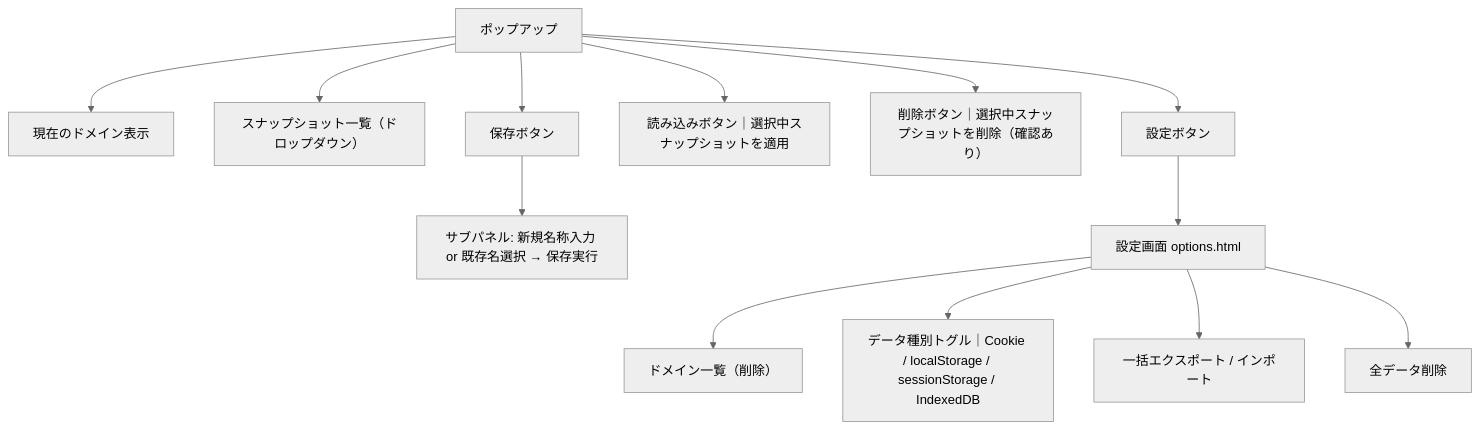
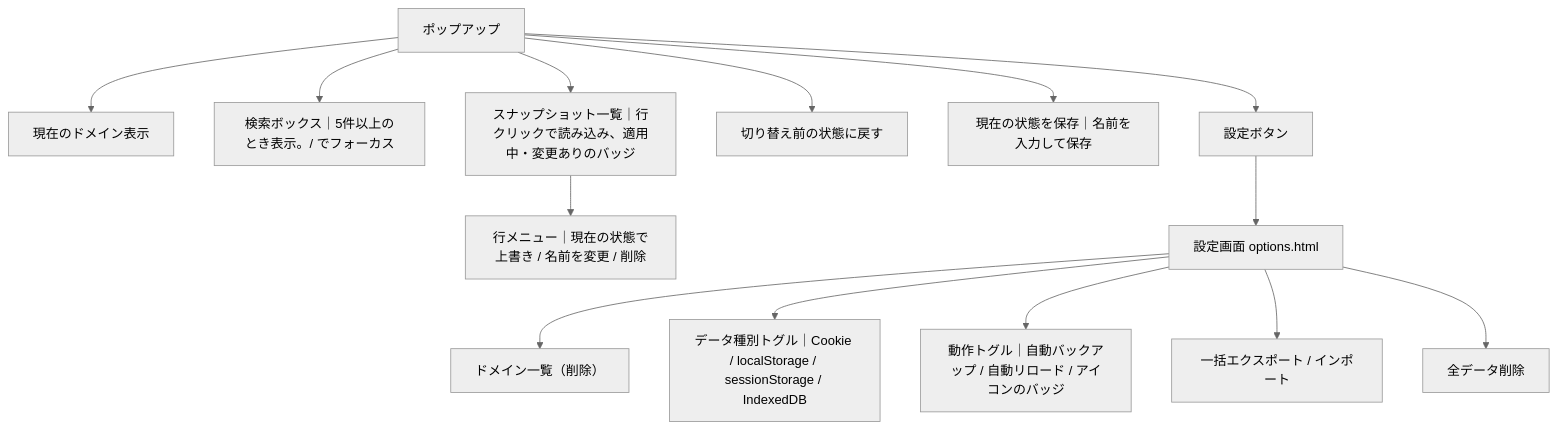
The first of 2 diagrams in CLAUDE.md (istb16/switch-browser-data-extension), drawn with Mermaid (neutral theme) before and after one commit. The commit also changed other lines of this file and 27 other files, not shown here.

````diff
--- a/CLAUDE.md
+++ b/CLAUDE.md
@@ -38,17 +39,18 @@
 ```mermaid
 graph TD
   popup["ポップアップ"]
   popup --> domain["現在のドメイン表示"]
-  popup --> list["スナップショット一覧（ドロップダウン）"]
-  popup --> save["保存ボタン"]
-  save --> save_sub["サブパネル: 新規名称入力 or 既存名選択 → 保存実行"]
-  popup --> load["読み込みボタン｜選択中スナップショットを適用"]
-  popup --> del["削除ボタン｜選択中スナップショットを削除（確認あり）"]
+  popup --> search["検索ボックス｜5件以上のとき表示。/ でフォーカス"]
+  popup --> list["スナップショット一覧｜行クリックで読み込み、適用中・変更ありのバッジ"]
+  list --> row_menu["行メニュー｜現在の状態で上書き / 名前を変更 / 削除"]
+  popup --> undo["切り替え前の状態に戻す"]
+  popup --> save["現在の状態を保存｜名前を入力して保存"]
   popup --> settings_btn["設定ボタン"]
   settings_btn --> options["設定画面 options.html"]
 
   options --> domain_list["ドメイン一覧（削除）"]
   options --> toggles["データ種別トグル｜Cookie / localStorage / sessionStorage / IndexedDB"]
+  options --> behavior["動作トグル｜自動バックアップ / 自動リロード / アイコンのバッジ"]
   options --> export_import["一括エクスポート / インポート"]
   options --> clear["全データ削除"]
 ```
````
